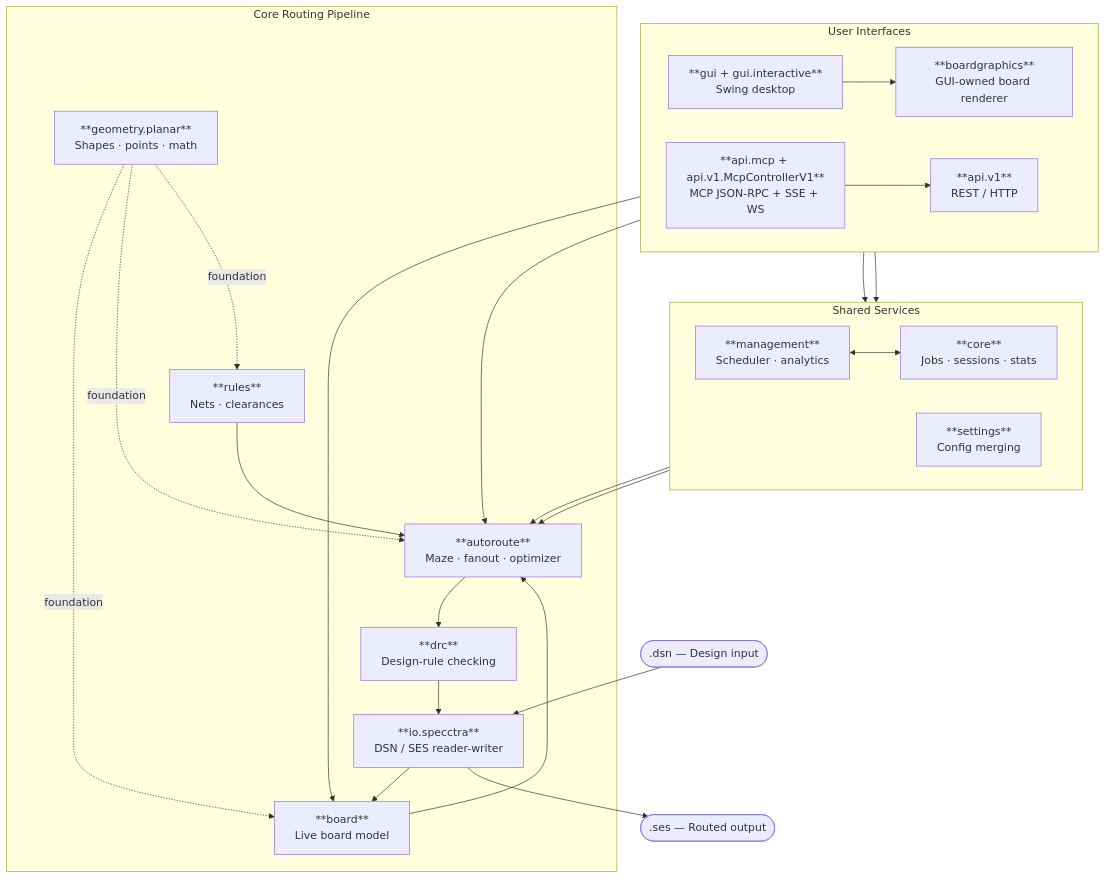
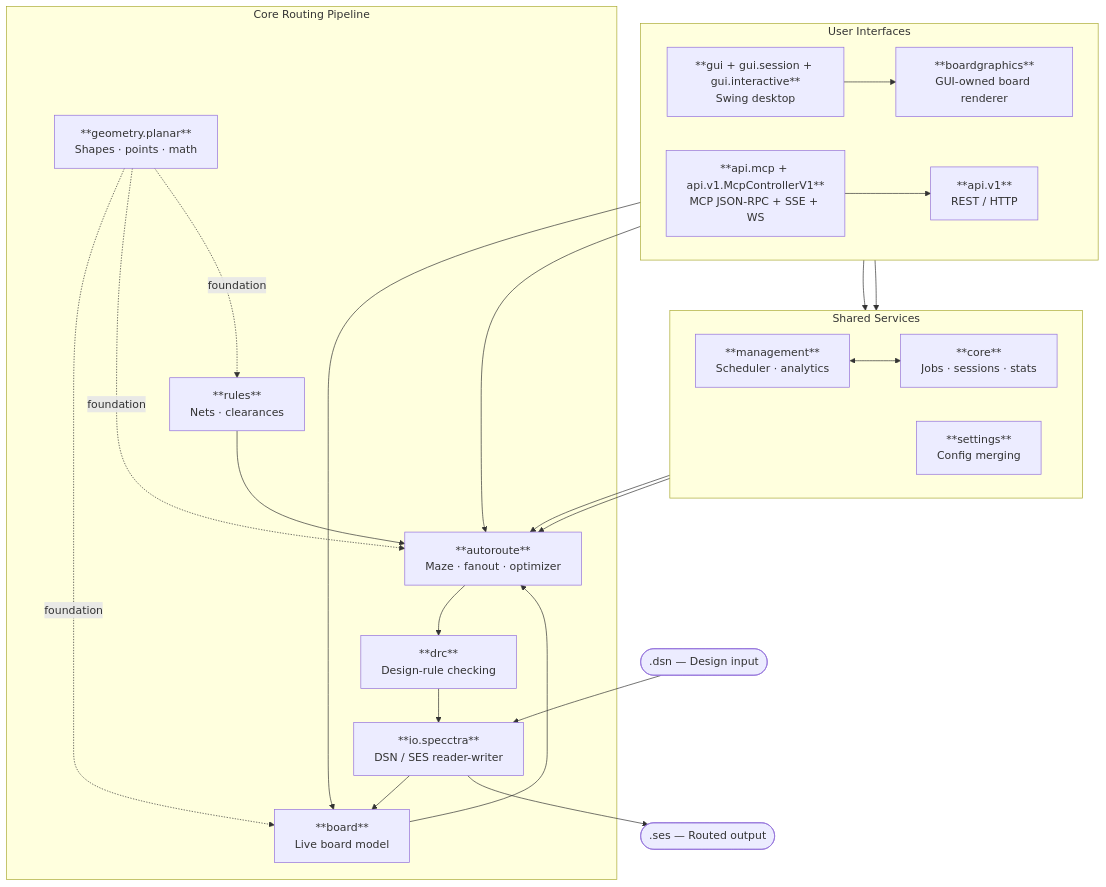
One commit to freerouting/freerouting changed the diagram in docs/architecture.md. Above: the diagram before and after it, drawn with Mermaid. The commit also changed other lines of this file and 187 other files, not shown here.

First line of the commit message:
Extract GUI session boundary and opaque editor state API

````diff
--- a/docs/architecture.md
+++ b/docs/architecture.md
@@ -15,46 +15,46 @@
 ```mermaid
 flowchart TD
     DSN([".dsn — Design input"])
     SES([".ses — Routed output"])
 
     subgraph interfaces ["User Interfaces"]
         direction LR
-        GUI["**gui + gui.interactive**\nSwing desktop"]
+        GUI["**gui + gui.session + gui.interactive**\nSwing desktop"]
         RENDER["**boardgraphics**\nGUI-owned board renderer"]
         API["**api.v1**\nREST / HTTP"]
         MCP["**api.mcp + api.v1.McpControllerV1**\nMCP JSON-RPC + SSE + WS"]
     end
 
     subgraph services ["Shared Services"]
         direction LR
         MGMT["**management**\nScheduler · analytics"]
         CORE["**core**\nJobs · sessions · stats"]
         CFG["**settings**\nConfig merging"]
     end
 
     subgraph pipeline ["Core Routing Pipeline"]
         IO["**io.specctra**\nDSN / SES reader-writer"]
         BOARD["**board**\nLive board model"]
         RULES["**rules**\nNets · clearances"]
         AR["**autoroute**\nMaze · fanout · optimizer"]
         DRC["**drc**\nDesign-rule checking"]
         GEO["**geometry.planar**\nShapes · points · math"]
     end
 
     DSN --> IO --> BOARD
     RULES --> AR
     BOARD --> AR
     AR --> DRC --> IO --> SES
     GEO -. foundation .-> BOARD
     GEO -. foundation .-> AR
     GEO -. foundation .-> RULES
 
     GUI --> MGMT
     GUI --> RENDER --> BOARD
     RENDER --> AR
     API --> MGMT
     MCP --> API
     MGMT <--> CORE
     CFG --> AR
     CORE --> AR
 ```
````
